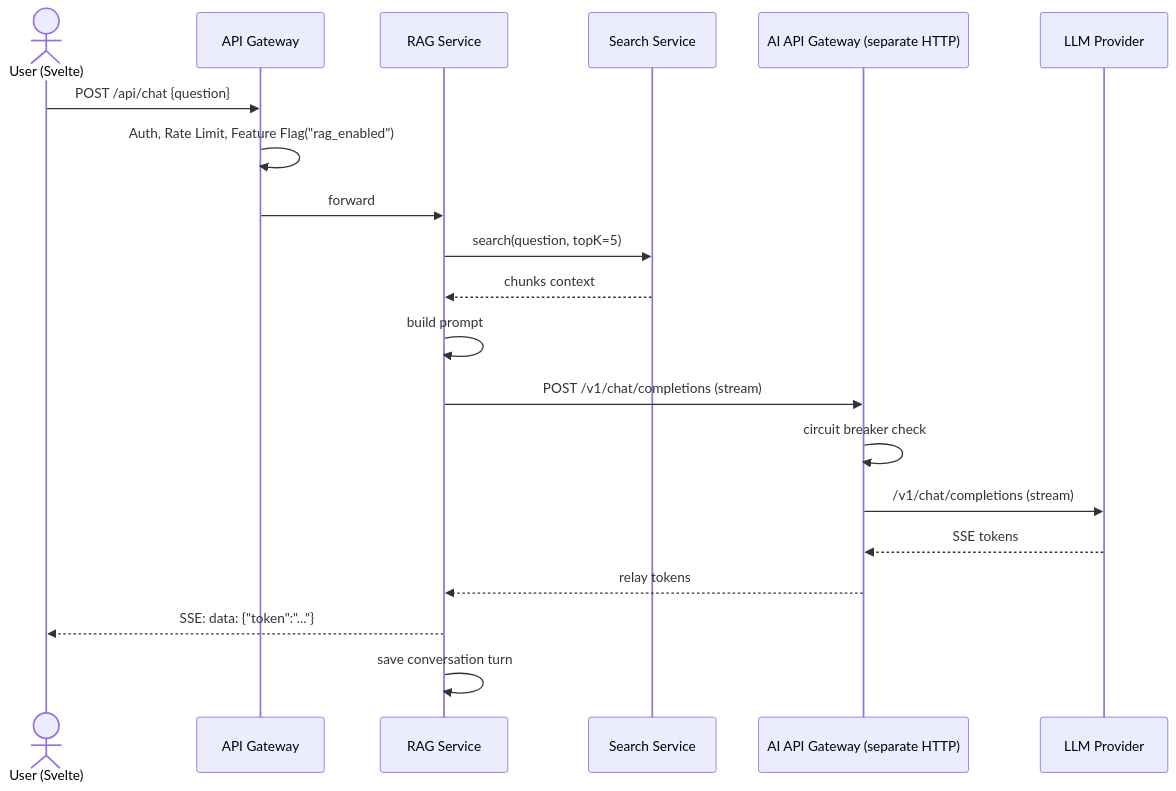
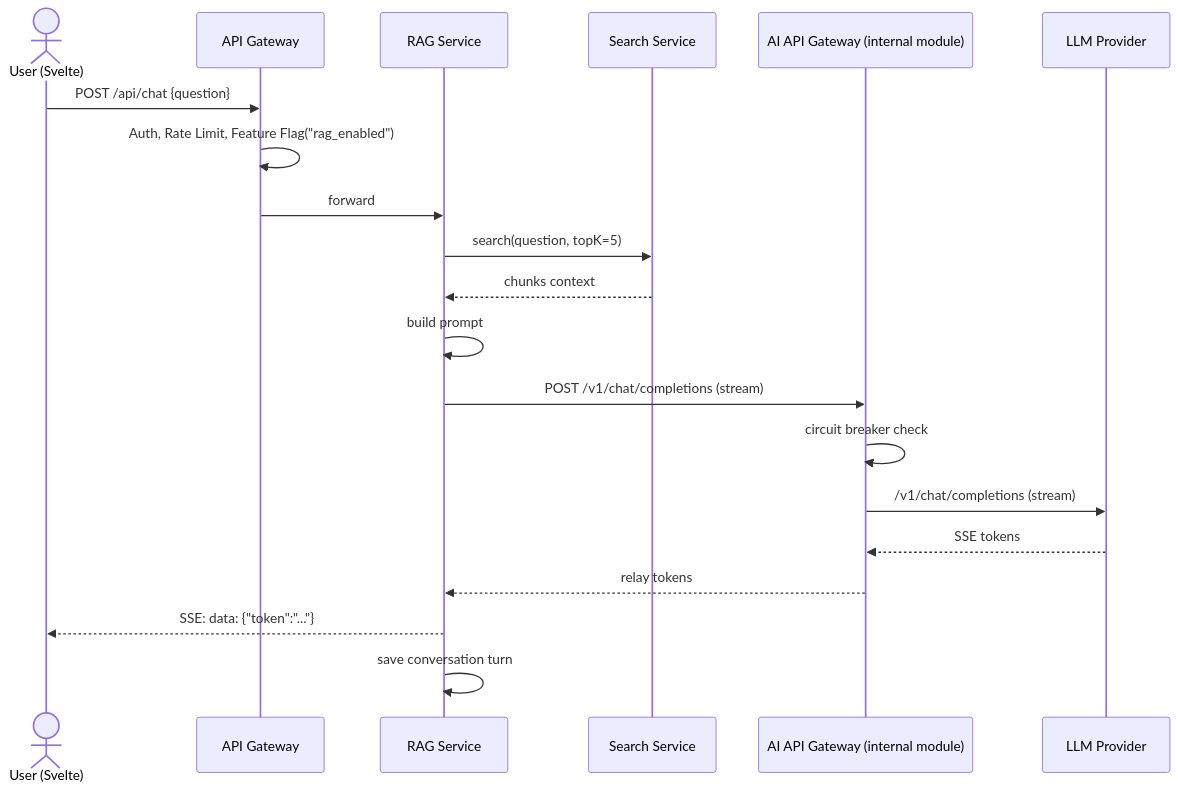
Before and after one commit to kanzhamada/Dokyudo: the third of 4 diagrams in PRD.md, drawn with Mermaid. The commit also changed other lines of this file and 5 other files, not shown here.

````diff
--- a/PRD.md
+++ b/PRD.md
@@ -385,23 +369,23 @@
 ```mermaid
 sequenceDiagram
     actor U as User (Svelte)
     participant GW as API Gateway
     participant RS as RAG Service
     participant SS as Search Service
-    participant AI_GW as AI API Gateway (separate HTTP)
+    participant AI_GW as AI API Gateway (internal module)
     participant LLM as LLM Provider
 
     U->>GW: POST /api/chat {question}
     GW->>GW: Auth, Rate Limit, Feature Flag("rag_enabled")
     GW->>RS: forward
     RS->>SS: search(question, topK=5)
     SS-->>RS: chunks context
     RS->>RS: build prompt
     RS->>AI_GW: POST /v1/chat/completions (stream)
     AI_GW->>AI_GW: circuit breaker check
     AI_GW->>LLM: /v1/chat/completions (stream)
     LLM-->>AI_GW: SSE tokens
     AI_GW-->>RS: relay tokens
     RS-->>U: SSE: data: {"token":"..."}
     RS->>RS: save conversation turn
 ```
````
